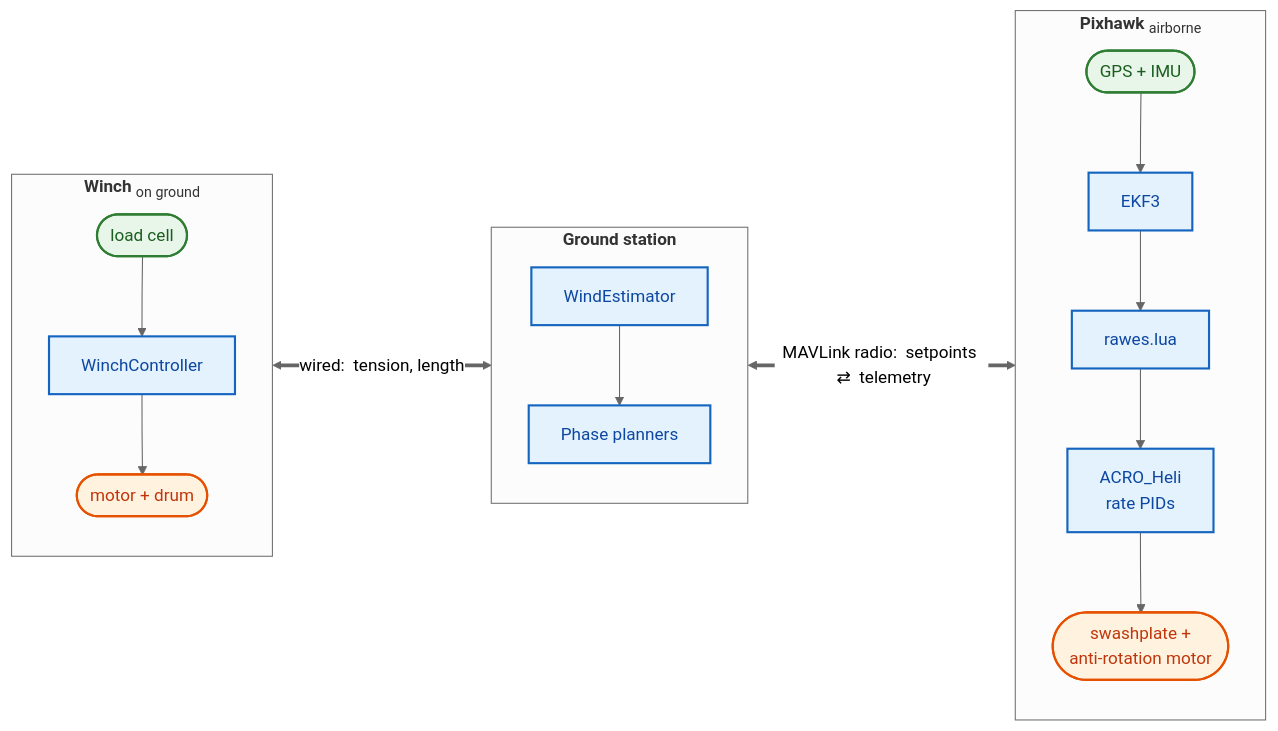
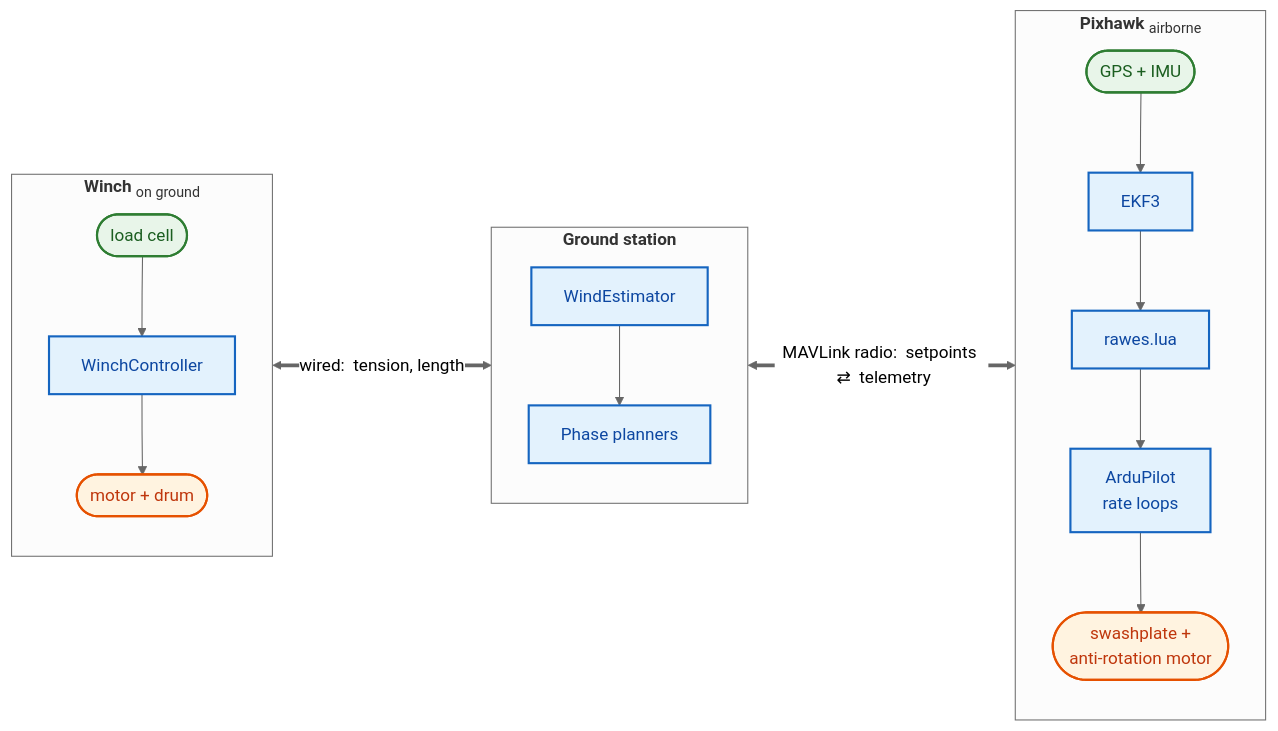
The first of 3 diagrams in design/flight_stack.md (mcroomp/windpower), drawn with Mermaid (neutral theme) before and after one commit. The commit also changed other lines of this file and 20 other files, not shown here.

````diff
--- a/design/flight_stack.md
+++ b/design/flight_stack.md
@@ -12,34 +12,34 @@
 ```mermaid
 flowchart LR
     subgraph WIN["<b>Winch</b> <sub>on ground</sub>"]
         direction TB
         WSEN(["load cell"]):::sensor
         WCTRL["WinchController"]:::ctrl
         WMOT(["motor + drum"]):::actuator
         WSEN --> WCTRL --> WMOT
     end
 
     subgraph GND["<b>Ground station</b>"]
         direction TB
         WEST["WindEstimator"]:::ctrl
         PLN["Phase planners"]:::ctrl
         WEST --> PLN
     end
 
     subgraph PIX["<b>Pixhawk</b> <sub>airborne</sub>"]
         direction TB
         SENS(["GPS + IMU"]):::sensor
         EKF["EKF3"]:::ctrl
         LUA["rawes.lua"]:::ctrl
-        ACRO["ACRO_Heli<br/>rate PIDs"]:::ctrl
+        RATE["ArduPilot<br/>rate loops"]:::ctrl
         ACT(["swashplate +<br/>anti-rotation motor"]):::actuator
-        SENS --> EKF --> LUA --> ACRO --> ACT
+        SENS --> EKF --> LUA --> RATE --> ACT
     end
 
     WIN <== "wired:&nbsp; tension, length" ==> GND
     GND <== "MAVLink radio:&nbsp; setpoints &nbsp;⇄&nbsp; telemetry" ==> PIX
 
     classDef sensor fill:#e8f5e9,stroke:#2e7d32,color:#1b5e20,stroke-width:2px
     classDef ctrl fill:#e3f2fd,stroke:#1565c0,color:#0d47a1,stroke-width:2px
     classDef actuator fill:#fff3e0,stroke:#e65100,color:#bf360c,stroke-width:2px
 ```
````
